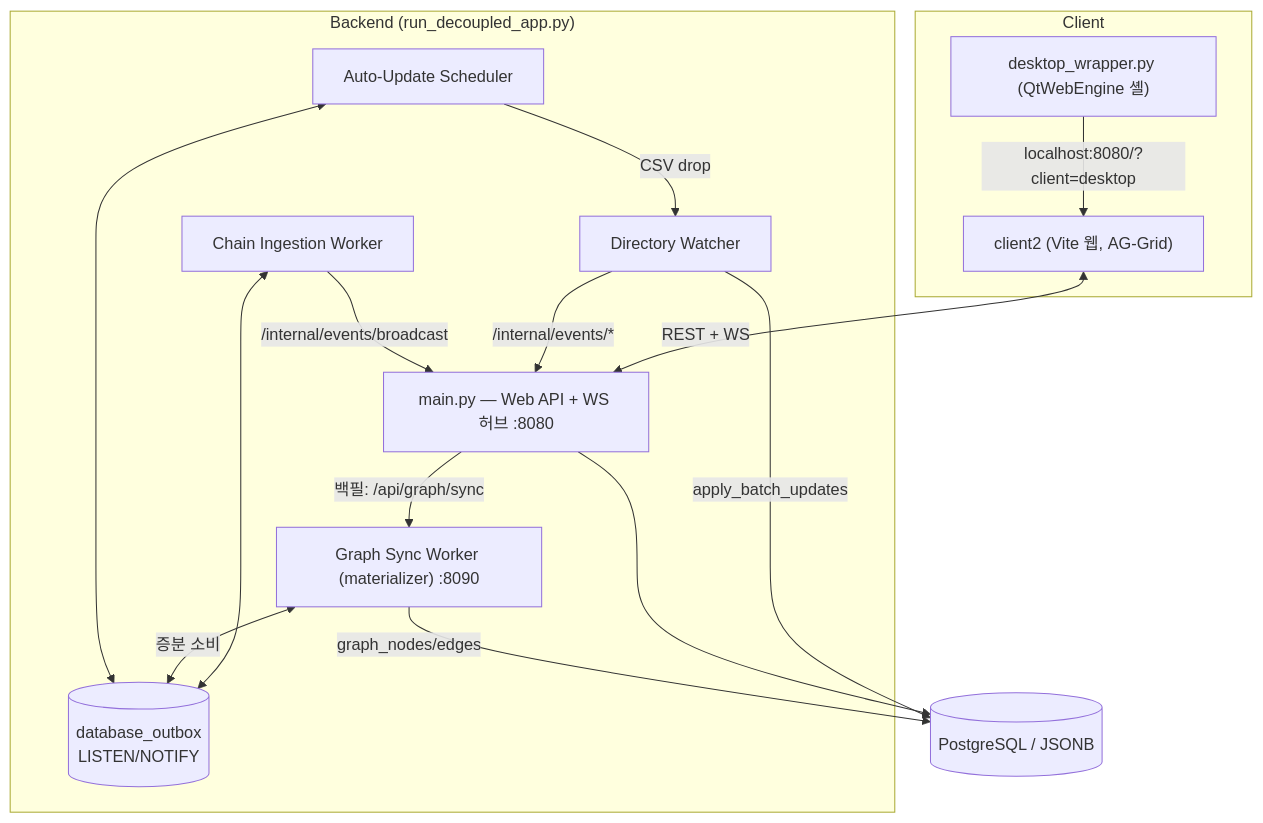
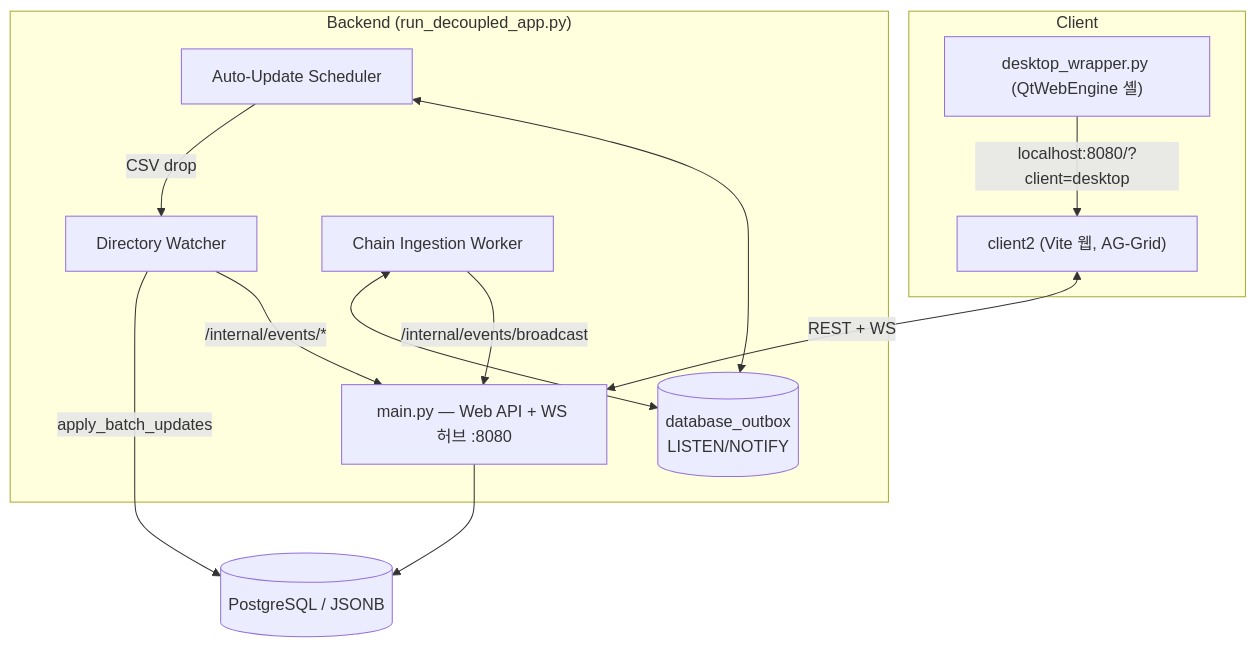
Before and after one commit to tiger4432/tableManager: the diagram in docs/overview/SYSTEM_OVERVIEW.md, drawn with Mermaid. The commit also changed other lines of this file and 29 other files, not shown here.

````diff
--- a/docs/overview/SYSTEM_OVERVIEW.md
+++ b/docs/overview/SYSTEM_OVERVIEW.md
@@ -43,29 +49,25 @@
 ```mermaid
 graph TD
     subgraph Client
         WEB["client2 (Vite 웹, AG-Grid)"]
         SHELL["desktop_wrapper.py (QtWebEngine 셸)"]
         SHELL -->|localhost:8080/?client=desktop| WEB
     end
 
     subgraph "Backend (run_decoupled_app.py)"
         API["main.py — Web API + WS 허브 :8080"]
         WATCH["Directory Watcher"]
         SCHED["Auto-Update Scheduler"]
         CHAIN["Chain Ingestion Worker"]
-        GRAPH["Graph Sync Worker (materializer) :8090"]
         OUTBOX[("database_outbox\nLISTEN/NOTIFY")]
     end
 
     WEB <-->|REST + WS| API
     SCHED -->|CSV drop| WATCH
     WATCH -->|apply_batch_updates| DB[("PostgreSQL / JSONB")]
     API --> DB
     CHAIN <--> OUTBOX
-    GRAPH <-->|증분 소비| OUTBOX
-    GRAPH -->|graph_nodes/edges| DB
     SCHED <--> OUTBOX
     WATCH -->|/internal/events/*| API
     CHAIN -->|/internal/events/broadcast| API
-    API -->|"백필: /api/graph/sync"| GRAPH
 ```
````
